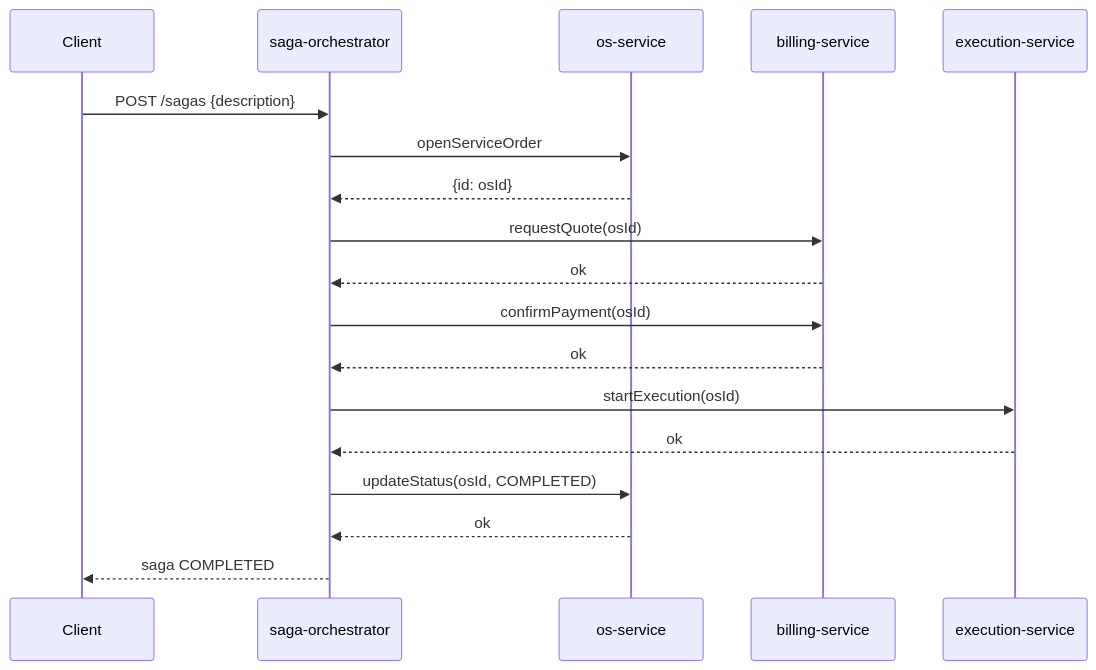
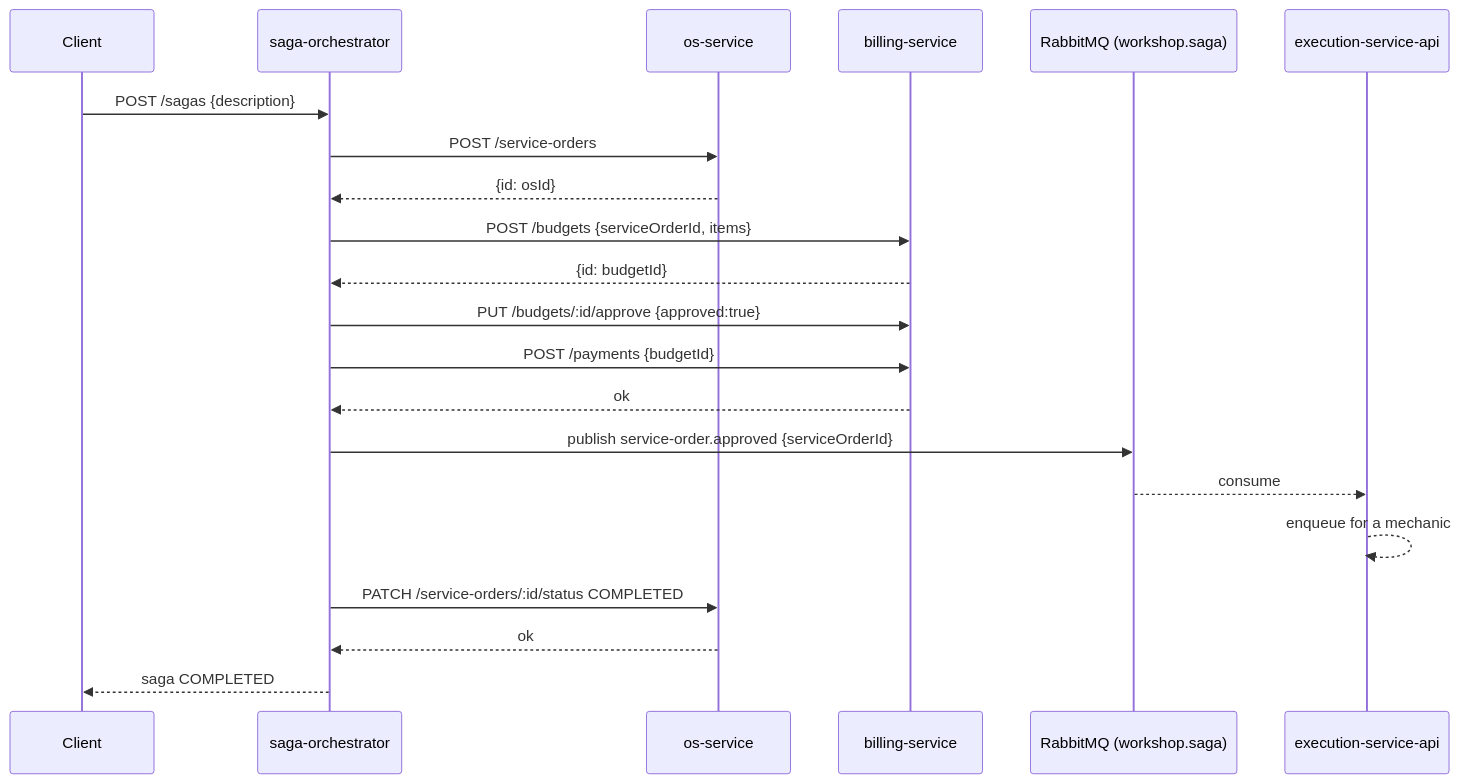
One commit to JulioRios00/FiapMecanica changed the second of 3 diagrams in microservices/docs/architecture.md. Above: the diagram before and after it, drawn with Mermaid. The commit also changed other lines of this file and 2 other files, not shown here.

First line of the commit message:
docs: document real billing-service/execution-service-api integration

````diff
--- a/microservices/docs/architecture.md
+++ b/microservices/docs/architecture.md
@@ -106,21 +160,24 @@
 ```mermaid
 sequenceDiagram
     participant C as Client
     participant S as saga-orchestrator
     participant OS as os-service
     participant B as billing-service
-    participant E as execution-service
+    participant Q as RabbitMQ (workshop.saga)
+    participant E as execution-service-api
 
     C->>S: POST /sagas {description}
-    S->>OS: openServiceOrder
+    S->>OS: POST /service-orders
     OS-->>S: {id: osId}
-    S->>B: requestQuote(osId)
+    S->>B: POST /budgets {serviceOrderId, items}
+    B-->>S: {id: budgetId}
+    S->>B: PUT /budgets/:id/approve {approved:true}
+    S->>B: POST /payments {budgetId}
     B-->>S: ok
-    S->>B: confirmPayment(osId)
-    B-->>S: ok
-    S->>E: startExecution(osId)
-    E-->>S: ok
-    S->>OS: updateStatus(osId, COMPLETED)
+    S->>Q: publish service-order.approved {serviceOrderId}
+    Q-->>E: consume
+    E-->>E: enqueue for a mechanic
+    S->>OS: PATCH /service-orders/:id/status COMPLETED
     OS-->>S: ok
     S-->>C: saga COMPLETED
 ```
````
